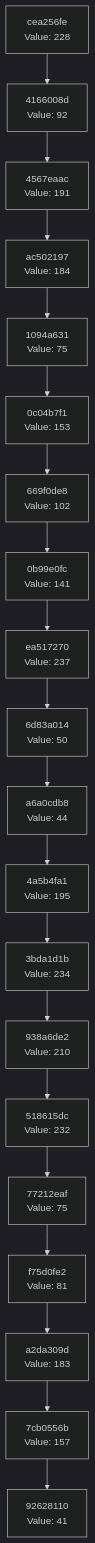
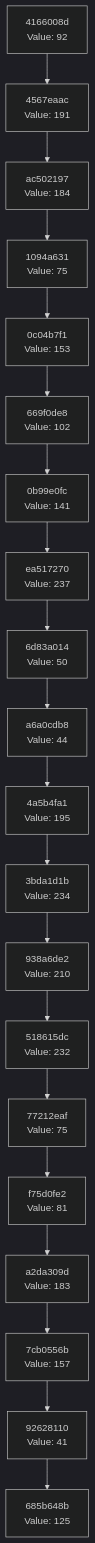
The diagram in docs/CHAIN_VISUALIZATION.md (Abhisheksinha1506/hash-chain-evolver), drawn with Mermaid (dark theme) before and after one commit. The commit also changed 2 other files, not shown here.

Commit message:
Evolution step: hash 0x7D → action executed

````diff
--- a/docs/CHAIN_VISUALIZATION.md
+++ b/docs/CHAIN_VISUALIZATION.md
@@ -3,42 +3,42 @@
 ```mermaid
 graph TD
-    C0["92628110<br/>Value: 41"]
-    C1["7cb0556b<br/>Value: 157"]
+    C0["685b648b<br/>Value: 125"]
+    C1["92628110<br/>Value: 41"]
     C1 --> C0
-    C2["a2da309d<br/>Value: 183"]
+    C2["7cb0556b<br/>Value: 157"]
     C2 --> C1
-    C3["f75d0fe2<br/>Value: 81"]
+    C3["a2da309d<br/>Value: 183"]
     C3 --> C2
-    C4["77212eaf<br/>Value: 75"]
+    C4["f75d0fe2<br/>Value: 81"]
     C4 --> C3
-    C5["518615dc<br/>Value: 232"]
+    C5["77212eaf<br/>Value: 75"]
     C5 --> C4
-    C6["938a6de2<br/>Value: 210"]
+    C6["518615dc<br/>Value: 232"]
     C6 --> C5
-    C7["3bda1d1b<br/>Value: 234"]
+    C7["938a6de2<br/>Value: 210"]
     C7 --> C6
-    C8["4a5b4fa1<br/>Value: 195"]
+    C8["3bda1d1b<br/>Value: 234"]
     C8 --> C7
-    C9["a6a0cdb8<br/>Value: 44"]
+    C9["4a5b4fa1<br/>Value: 195"]
     C9 --> C8
-    C10["6d83a014<br/>Value: 50"]
+    C10["a6a0cdb8<br/>Value: 44"]
     C10 --> C9
-    C11["ea517270<br/>Value: 237"]
+    C11["6d83a014<br/>Value: 50"]
     C11 --> C10
-    C12["0b99e0fc<br/>Value: 141"]
+    C12["ea517270<br/>Value: 237"]
     C12 --> C11
-    C13["669f0de8<br/>Value: 102"]
+    C13["0b99e0fc<br/>Value: 141"]
     C13 --> C12
-    C14["0c04b7f1<br/>Value: 153"]
+    C14["669f0de8<br/>Value: 102"]
     C14 --> C13
-    C15["1094a631<br/>Value: 75"]
+    C15["0c04b7f1<br/>Value: 153"]
     C15 --> C14
-    C16["ac502197<br/>Value: 184"]
+    C16["1094a631<br/>Value: 75"]
     C16 --> C15
-    C17["4567eaac<br/>Value: 191"]
+    C17["ac502197<br/>Value: 184"]
     C17 --> C16
-    C18["4166008d<br/>Value: 92"]
+    C18["4567eaac<br/>Value: 191"]
     C18 --> C17
-    C19["cea256fe<br/>Value: 228"]
+    C19["4166008d<br/>Value: 92"]
     C19 --> C18
 ```
````
